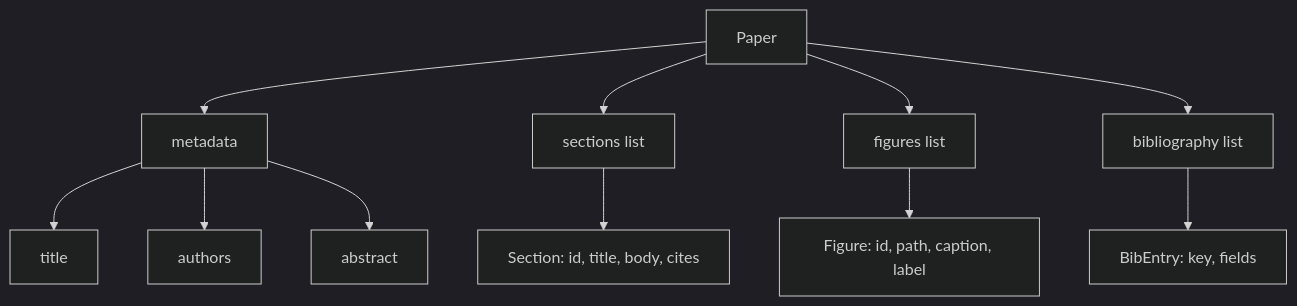
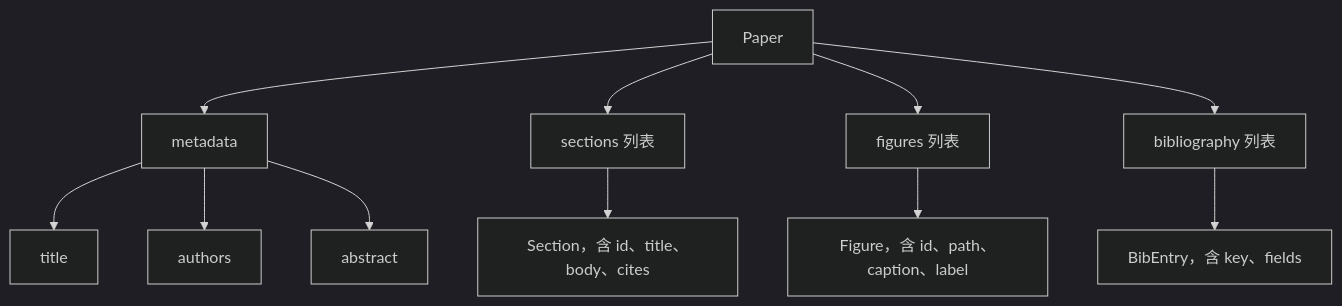
Before and after one commit to JerryC8080/ai-engineering-from-scratch-zh: the first of 3 diagrams in phases/19-capstone-projects/54-paper-writer/docs/zh.md, drawn with Mermaid (dark theme). The commit also changed other lines of this file and 156 other files, not shown here.

First line of the commit message:
i18n(zh): translate mermaid diagram labels in 157 lesson zh.md

````diff
--- a/phases/19-capstone-projects/54-paper-writer/docs/zh.md
+++ b/phases/19-capstone-projects/54-paper-writer/docs/zh.md
@@ -30,13 +30,13 @@
 ```mermaid
 flowchart TB
     Paper[Paper] --> Meta[metadata]
-    Paper --> Sections[sections list]
-    Paper --> Figures[figures list]
-    Paper --> Bib[bibliography list]
+    Paper --> Sections[sections 列表]
+    Paper --> Figures[figures 列表]
+    Paper --> Bib[bibliography 列表]
     Meta --> Title[title]
     Meta --> Authors[authors]
     Meta --> Abstract[abstract]
-    Sections --> Sec1[Section: id, title, body, cites]
-    Figures --> Fig1[Figure: id, path, caption, label]
-    Bib --> Entry1[BibEntry: key, fields]
+    Sections --> Sec1[Section，含 id、title、body、cites]
+    Figures --> Fig1[Figure，含 id、path、caption、label]
+    Bib --> Entry1[BibEntry，含 key、fields]
 ```
````
